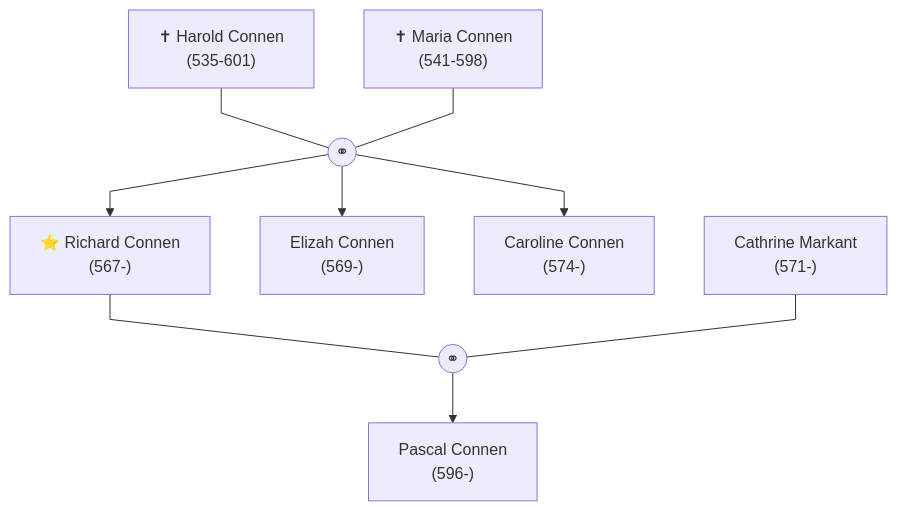
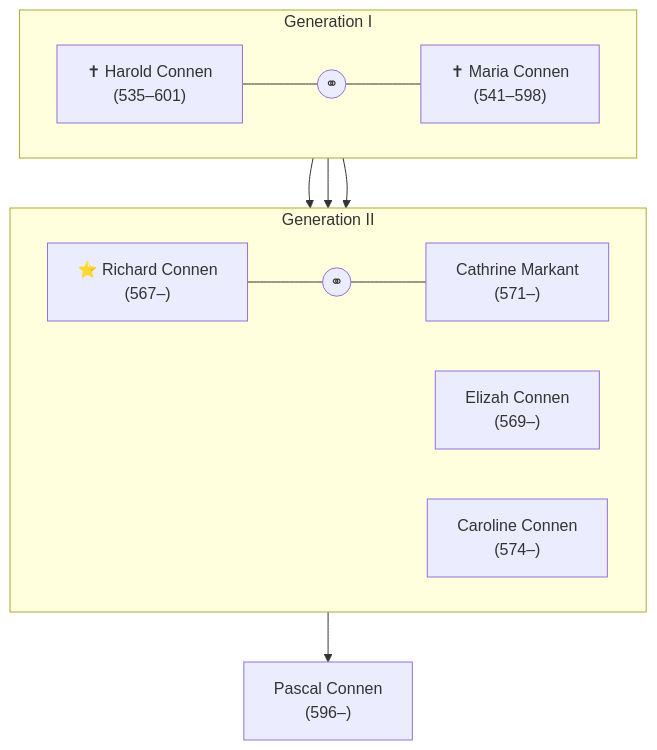
The diagram in content/charaktere/familien/connen.md (TheFabzie/book_lore), drawn with Mermaid before and after one commit.

Commit message:
Stammbaum

````diff
--- a/content/charaktere/familien/connen.md
+++ b/content/charaktere/familien/connen.md
@@ -7,40 +7,48 @@
 ```mermaid
 
 flowchart TB
-  linkStyle default interpolate linear
 
-  harold_connen["✝ Harold Connen<br/>(535-601)"]
-  maria_connen["✝ Maria Connen<br/>(541-598)"]
+%% ===== Generation I (eine Zeile) =====
+subgraph Gen1["Generation I"]
+direction LR
+  harold_connen["✝ Harold Connen<br/>(535–601)"]
   e1((⚭))
+  maria_connen["✝ Maria Connen<br/>(541–598)"]
 
   harold_connen --- e1
-  maria_connen --- e1
+  e1 --- maria_connen
+end
 
-  richard_connen["⭐ Richard Connen<br/>(567-)"]
-  elizah_connen["Elizah Connen<br/>(569-)"]
-  caroline_connen["Caroline Connen<br/>(574-)"]
+%% Kinder aus Ehe 1
+e1 --> richard_connen["⭐ Richard Connen<br/>(567–)"]
+e1 --> elizah_connen["Elizah Connen<br/>(569–)"]
+e1 --> caroline_connen["Caroline Connen<br/>(574–)"]
 
-  e1 --> richard_connen
-  e1 --> elizah_connen
-  e1 --> caroline_connen
-
-  cathrine_markant["Cathrine Markant<br/>(571-)"]
+%% ===== Generation II (eine Zeile) =====
+subgraph Gen2["Generation II"]
+direction LR
+  richard_connen
   e2((⚭))
+  cathrine_markant["Cathrine Markant<br/>(571–)"]
+  elizah_connen
+  caroline_connen
 
   richard_connen --- e2
-  cathrine_markant --- e2
+  e2 --- cathrine_markant
+end
 
-  pascal_connen["Pascal Connen<br/>(596-)"]
-  e2 --> pascal_connen
+%% Kind aus Ehe 2
+e2 --> pascal_connen["Pascal Connen<br/>(596–)"]
 
-  click harold_connen "/charaktere/harold-connen"
-  click maria_connen "/charaktere/maria-connen"
-  click richard_connen "/charaktere/richard-connen"
-  click elizah_connen "/charaktere/elizah-connen"
-  click caroline_connen "/charaktere/caroline-connen"
-  click cathrine_markant "/charaktere/cathrine-markant"
-  click pascal_connen "/charaktere/pascal-connen"
+%% Klickbare Links
+click harold_connen "/charaktere/harold-connen"
+click maria_connen "/charaktere/maria-connen"
+click richard_connen "/charaktere/richard-connen"
+click elizah_connen "/charaktere/elizah-connen"
+click caroline_connen "/charaktere/caroline-connen"
+click cathrine_markant "/charaktere/cathrine-markant"
+click pascal_connen "/charaktere/pascal-connen"
 
 
 
 ```
````
